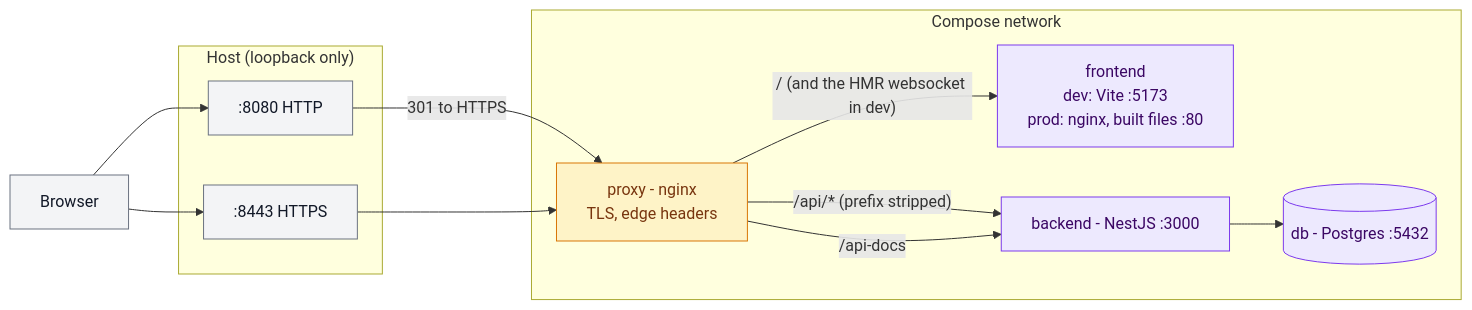
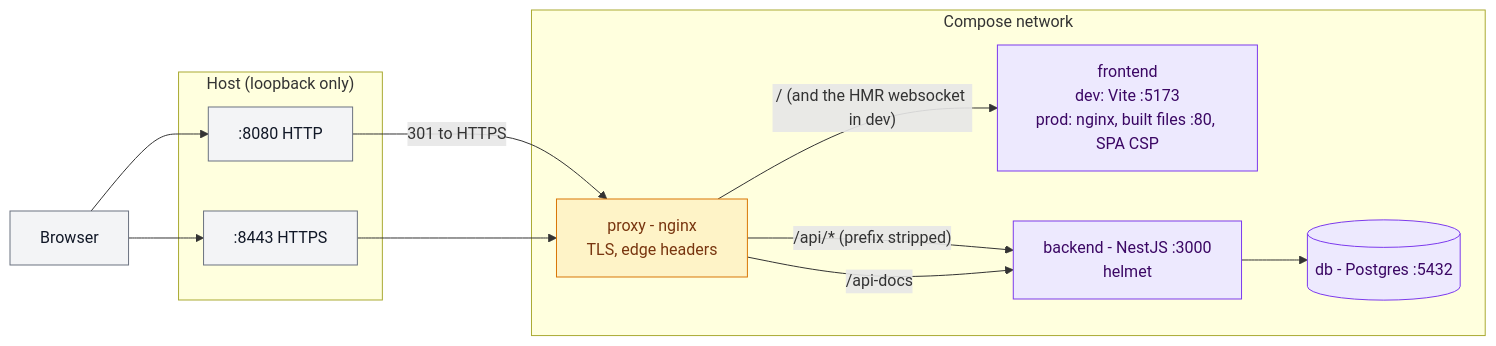
The first of 5 diagrams in docs/diagrams/network.md (kidp8479/42_hypertube), drawn with Mermaid before and after one commit. The commit also changed other lines of this file and 7 other files, not shown here.

````diff
--- a/docs/diagrams/network.md
+++ b/docs/diagrams/network.md
@@ -9,31 +9,31 @@
 ```mermaid
 flowchart LR
     browser["Browser"]
 
     subgraph host["Host (loopback only)"]
         p8080[":8080 HTTP"]
         p8443[":8443 HTTPS"]
     end
 
     subgraph net["Compose network"]
         proxy["proxy - nginx<br/>TLS, edge headers"]
-        frontend["frontend<br/>dev: Vite :5173<br/>prod: nginx, built files :80"]
-        backend["backend - NestJS :3000"]
+        frontend["frontend<br/>dev: Vite :5173<br/>prod: nginx, built files :80, SPA CSP"]
+        backend["backend - NestJS :3000<br/>helmet"]
         db[("db - Postgres :5432")]
     end
 
     browser --> p8080 -- "301 to HTTPS" --> proxy
     browser --> p8443 --> proxy
 
     proxy -- "/ (and the HMR websocket in dev)" --> frontend
     proxy -- "/api/* (prefix stripped)" --> backend
     proxy -- "/api-docs" --> backend
     backend --> db
 
     classDef edge fill:#fef3c7,stroke:#d97706,color:#78350f
     classDef svc fill:#ede9fe,stroke:#7c3aed,color:#3b0764
     classDef ext fill:#f3f4f6,stroke:#6b7280,color:#111827
     class proxy edge
     class frontend,backend,db svc
     class browser,p8080,p8443 ext
 ```
````
